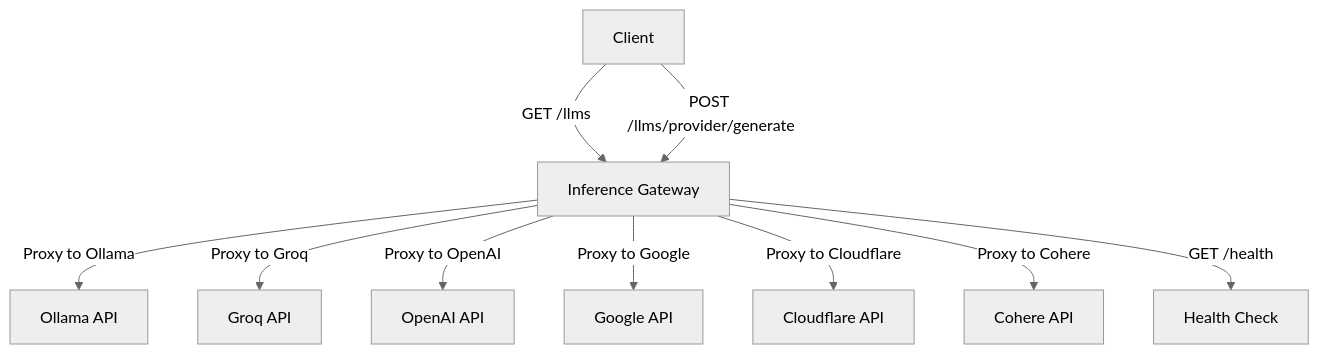
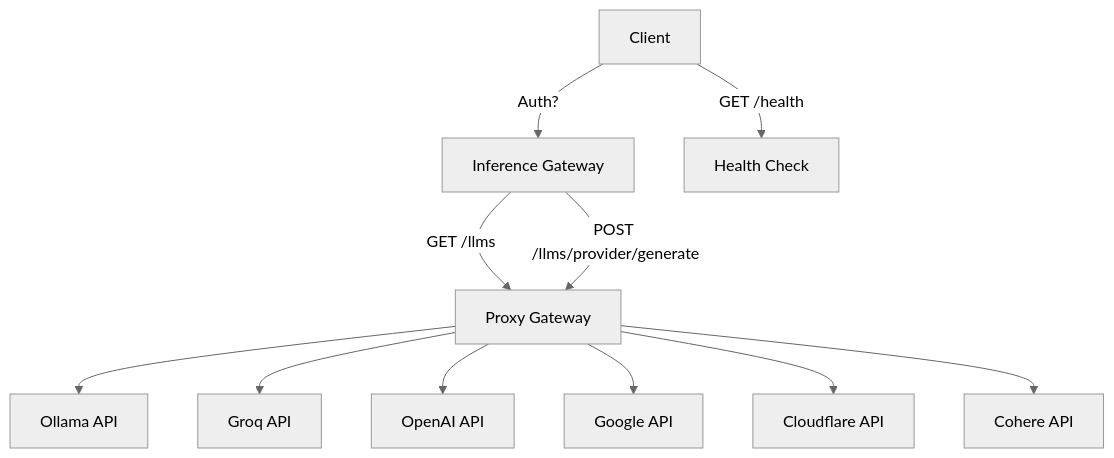
One commit to sammcj/inference-gateway changed the diagram in README.md. Above: the diagram before and after it, drawn with Mermaid (neutral theme). The commit also changed other lines of this file, not shown here.

Commit message:
docs:  Update the Overview section and enhance diagram clarity

````diff
--- a/README.md
+++ b/README.md
@@ -30,12 +48,13 @@
 ```mermaid
 graph TD
-    A[Client] -->|GET /llms| B[Inference Gateway]
-    A -->|POST /llms/provider/generate| B
-    B -->|Proxy to Ollama| C[Ollama API]
-    B -->|Proxy to Groq| D[Groq API]
-    B -->|Proxy to OpenAI| E[OpenAI API]
-    B -->|Proxy to Google| F[Google API]
-    B -->|Proxy to Cloudflare| G[Cloudflare API]
-    B -->|Proxy to Cohere| H[Cohere API]
-    B -->|GET /health| I[Health Check]
+    A[Client] -->|Auth?| B[Inference Gateway]
+    A -->|GET /health| I[Health Check]
+    B -->|GET /llms| P[Proxy Gateway]
+    B -->|POST /llms/provider/generate| P[Proxy Gateway]
+    P[Proxy Gateway] --> C[Ollama API]
+    P[Proxy Gateway] --> D[Groq API]
+    P[Proxy Gateway] --> E[OpenAI API]
+    P[Proxy Gateway] --> F[Google API]
+    P[Proxy Gateway] --> G[Cloudflare API]
+    P[Proxy Gateway] --> H[Cohere API]
 ```
````
